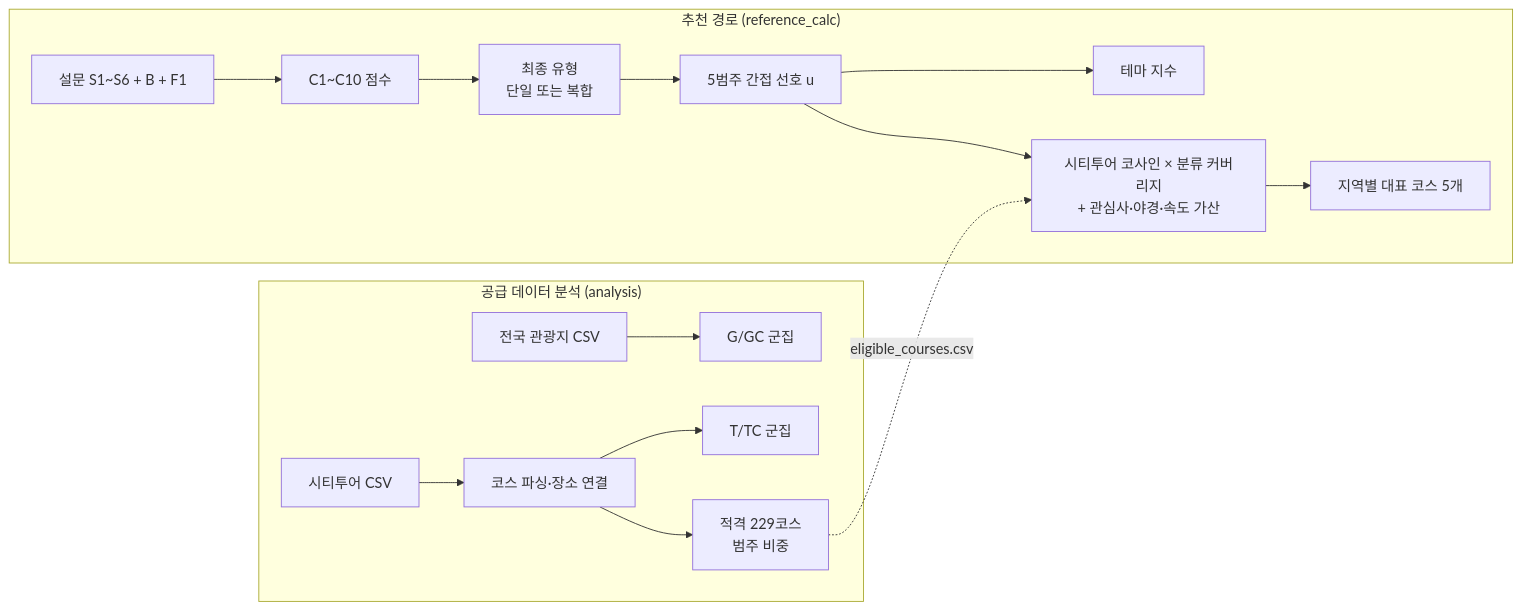
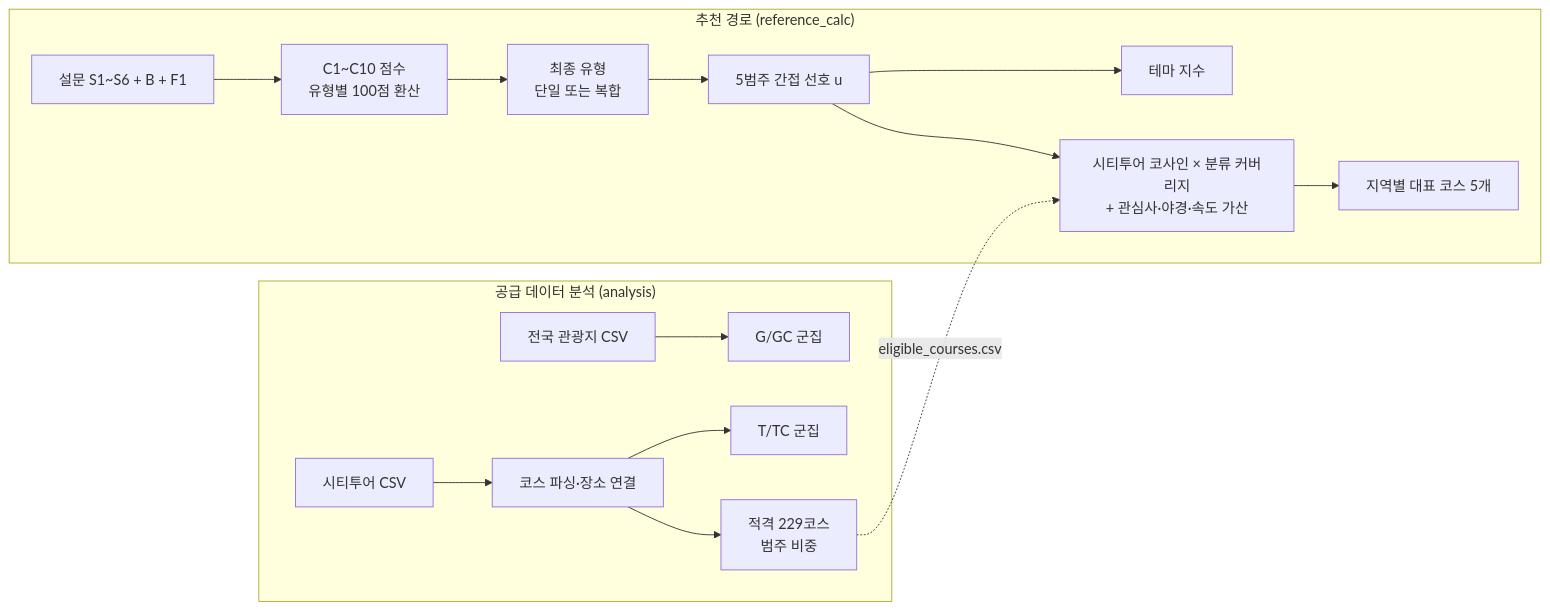
Before and after one commit to TourLabOrganization/Data-Analytics: the diagram in README.md, drawn with Mermaid. The commit also changed other lines of this file and 5 other files, not shown here.

````diff
--- a/README.md
+++ b/README.md
@@ -26,18 +38,18 @@
 ```mermaid
 flowchart LR
   subgraph REC["추천 경로 (reference_calc)"]
-    A["설문 S1~S6 + B + F1"] --> B["C1~C10 점수"]
+    A["설문 S1~S6 + B + F1"] --> B["C1~C10 점수<br/>유형별 100점 환산"]
     B --> C["최종 유형<br/>단일 또는 복합"]
     C --> D["5범주 간접 선호 u"]
     D --> E["테마 지수"]
     D --> F["시티투어 코사인 × 분류 커버리지<br/>+ 관심사·야경·속도 가산"]
     F --> G["지역별 대표 코스 5개"]
   end
   subgraph ANA["공급 데이터 분석 (analysis)"]
     H["전국 관광지 CSV"] --> I["G/GC 군집"]
     J["시티투어 CSV"] --> K["코스 파싱·장소 연결"]
     K --> L["T/TC 군집"]
     K --> M["적격 229코스<br/>범주 비중"]
   end
   M -. "eligible_courses.csv" .-> F
 ```
````
